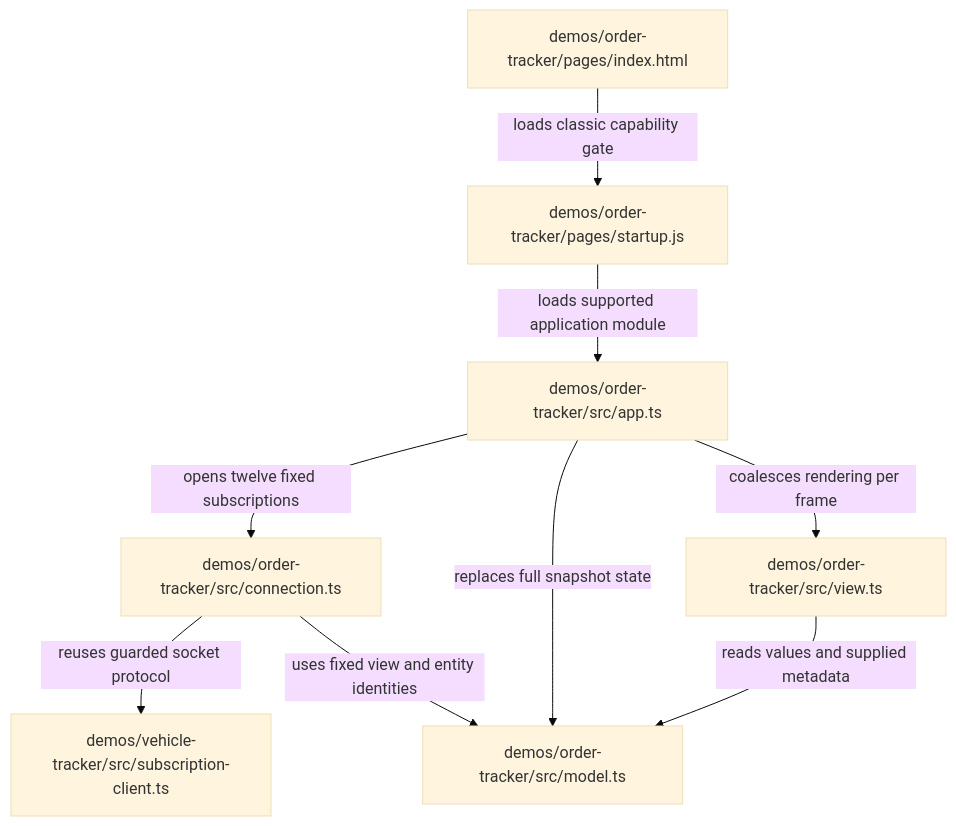
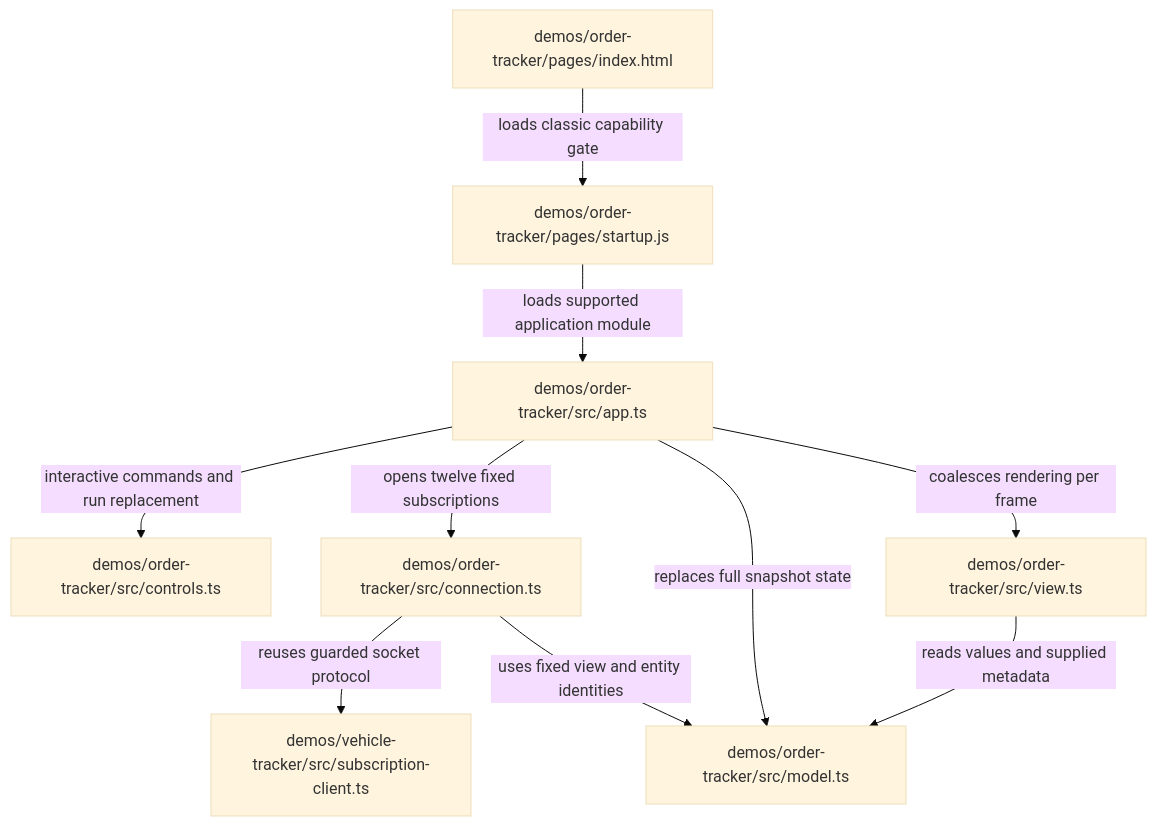
Before and after one commit to sproates/zooglass: the diagram in demos/order-tracker/docs/source-map.md, drawn with Mermaid (base theme). The commit also changed other lines of this file and 29 other files, not shown here.

Commit message:
Add checked interactive Order walkthrough

````diff
--- a/demos/order-tracker/docs/source-map.md
+++ b/demos/order-tracker/docs/source-map.md
@@ -8,18 +8,20 @@
 ```mermaid
 flowchart TB
   html["demos/order-tracker/pages/index.html"]
   startup["demos/order-tracker/pages/startup.js"]
   app["demos/order-tracker/src/app.ts"]
   connection["demos/order-tracker/src/connection.ts"]
+  controls["demos/order-tracker/src/controls.ts"]
+  app -->|interactive commands and run replacement| controls
   model["demos/order-tracker/src/model.ts"]
   view["demos/order-tracker/src/view.ts"]
   protocol["demos/vehicle-tracker/src/subscription-client.ts"]
   html -->|loads classic capability gate| startup
   startup -->|loads supported application module| app
   app -->|opens twelve fixed subscriptions| connection
   connection -->|reuses guarded socket protocol| protocol
   app -->|replaces full snapshot state| model
   app -->|coalesces rendering per frame| view
   view -->|reads values and supplied metadata| model
   connection -->|uses fixed view and entity identities| model
 ```
````
